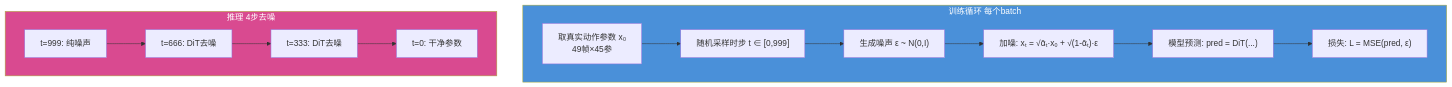
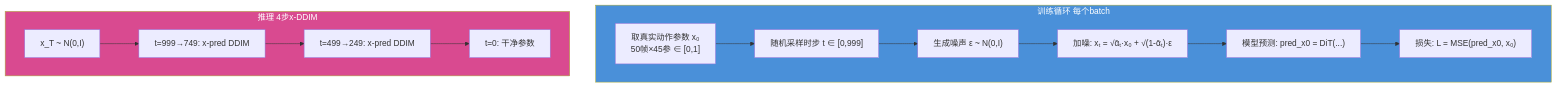
One commit to AsdfAlex-learning/Amadeus changed the seventh of 11 diagrams in PROJECT.md. Above: the diagram before and after it, drawn with Mermaid. The commit also changed other lines of this file and 5 other files, not shown here.

````diff
--- a/PROJECT.md
+++ b/PROJECT.md
@@ -371,23 +371,23 @@
 ```mermaid
 flowchart TD
     subgraph Train["训练循环 每个batch"]
-        T1["取真实动作参数 x₀<br/>49帧×45参"]
+        T1["取真实动作参数 x₀<br/>50帧×45参 ∈ [0,1]"]
         T2["随机采样时步 t ∈ [0,999]"]
         T3["生成噪声 ε ~ N(0,I)"]
         T4["加噪: xₜ = √ᾱₜ·x₀ + √(1-ᾱₜ)·ε"]
-        T5["模型预测: pred = DiT(...)"]
-        T6["损失: L = MSE(pred, ε)"]
+        T5["模型预测: pred_x0 = DiT(...)"]
+        T6["损失: L = MSE(pred_x0, x₀)"]
         T1 --> T2 --> T3 --> T4 --> T5 --> T6
     end
-    
-    subgraph Infer["推理 4步去噪"]
-        I1["t=999: 纯噪声"]
-        I2["t=666: DiT去噪"]
-        I3["t=333: DiT去噪"]
+
+    subgraph Infer["推理 4步x-DDIM"]
+        I1["x_T ~ N(0,I)"]
+        I2["t=999→749: x-pred DDIM"]
+        I3["t=499→249: x-pred DDIM"]
         I4["t=0: 干净参数"]
         I1 --> I2 --> I3 --> I4
     end
-    
+
     style Train fill:#4a90d9,color:white
     style Infer fill:#d94a90,color:white
 ```
````
